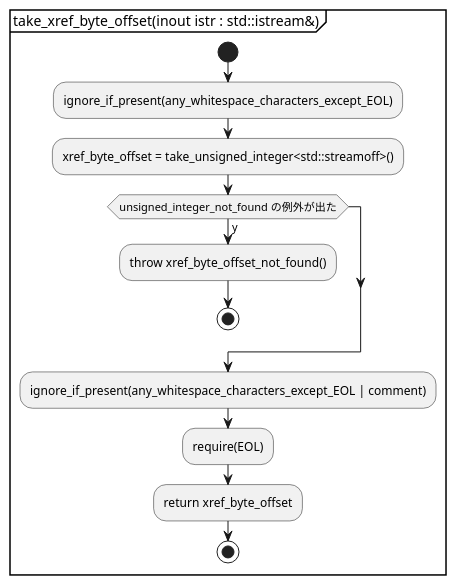
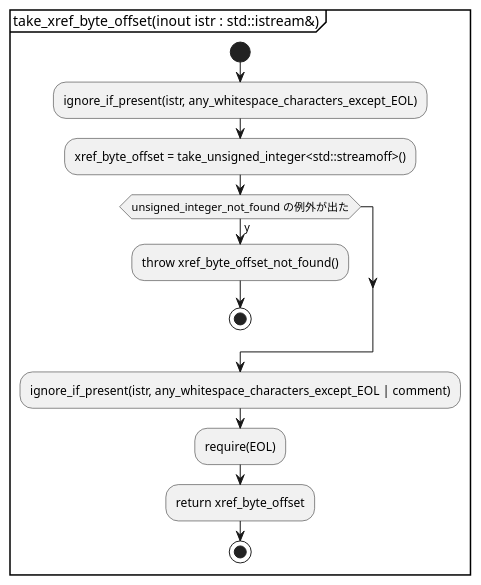
One commit to KodaiYM/PDFReader changed the fifth of 11 diagrams in document/parser.activity.pu. Above: the diagram before and after it, drawn with PlantUML. The commit also changed other lines of this file and 3 other files, not shown here.

```diff
--- a/document/parser.activity.pu
+++ b/document/parser.activity.pu
@@ -74,15 +74,15 @@
 @startuml take_xref_byte_offset
 partition "take_xref_byte_offset(inout istr : std::istream&)" {
 start
-	:ignore_if_present(any_whitespace_characters_except_EOL);
+	:ignore_if_present(istr, any_whitespace_characters_except_EOL);
 	:xref_byte_offset = take_unsigned_integer<std::streamoff>();
 	if (unsigned_integer_not_found の例外が出た) then (y)
 		:throw xref_byte_offset_not_found();
 		stop
 	endif
-	:ignore_if_present(any_whitespace_characters_except_EOL | comment);
+	:ignore_if_present(istr, any_whitespace_characters_except_EOL | comment);
 	:require(EOL);
 	:return xref_byte_offset;
 stop
 }
 @enduml
```
